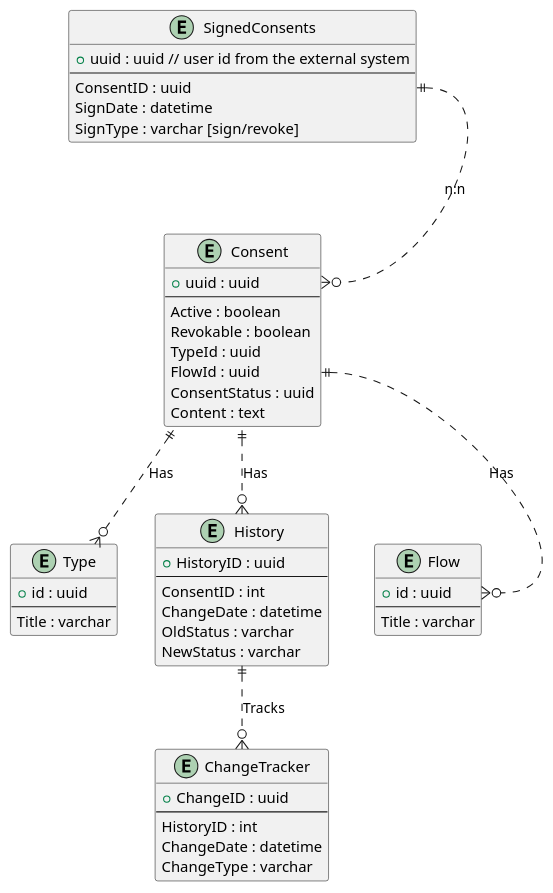
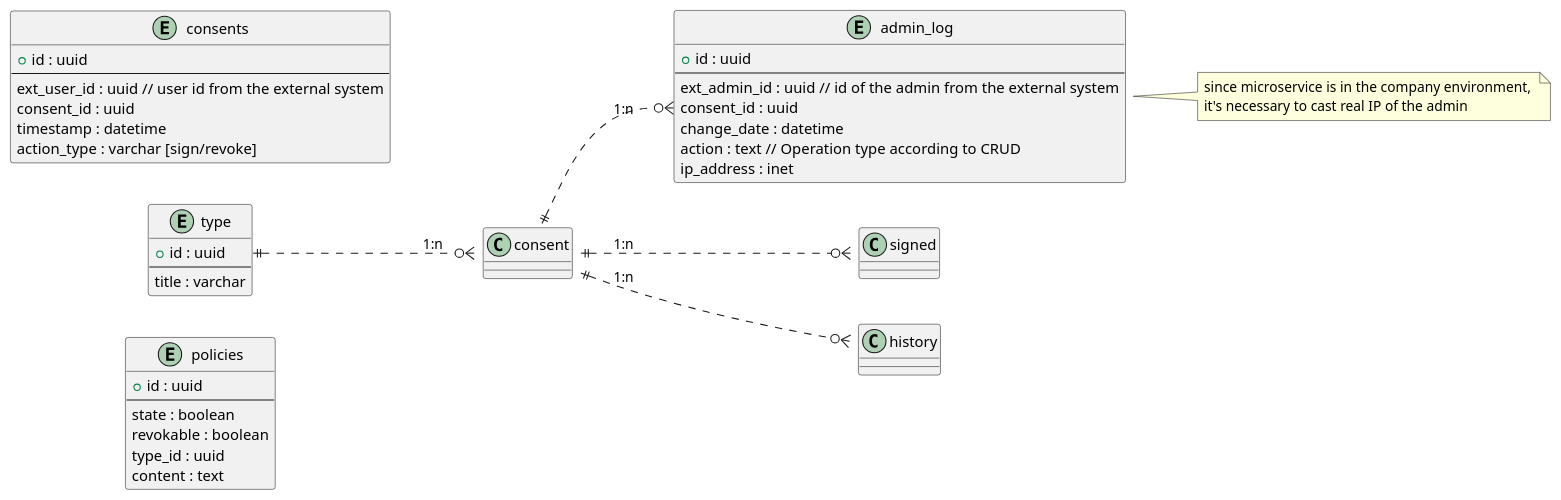
Before and after one commit to msfs11/ConsentManager: the diagram in docs/er.puml, drawn with PlantUML. The commit also changed 7 other files, not shown here.

```diff
--- a/docs/er.puml
+++ b/docs/er.puml
@@ -1,58 +1,47 @@
 @startuml ER diagram
+left to right direction
 
-entity "Consent" as consent {
-  + uuid : uuid
+entity "policies" as policies {
+  + id : uuid
   --
-  Active : boolean
-  Revokable : boolean
-  TypeId : uuid
-  FlowId : uuid
-  ConsentStatus : uuid
-  Content : text
+  state : boolean
+  revokable : boolean
+  type_id : uuid
+  content : text
 }
 
-entity "Type" as type {
+entity "type" as type {
   + id : uuid
   --
-  Title : varchar
+  title : varchar
 }
 
-entity "Flow" as flow {
+entity "consents" as consents {
   + id : uuid
   --
-  Title : varchar
+  ext_user_id : uuid // user id from the external system
+  consent_id : uuid
+  timestamp : datetime
+  action_type : varchar [sign/revoke]
 }
 
-entity "History" as history {
-  + HistoryID : uuid
+entity "admin_log" as admin_log {
+  + id : uuid
   --
-  ConsentID : int
-  ChangeDate : datetime
-  OldStatus : varchar
-  NewStatus : varchar
+  ext_admin_id : uuid // id of the admin from the external system 
+  consent_id : uuid
+  change_date : datetime
+  action : text // Operation type according to CRUD
+  ip_address : inet 
 }
+note right of admin_log
+  since microservice is in the company environment, 
+  it's necessary to cast real IP of the admin
+end note
 
-entity "ChangeTracker" as tracker {
-  + ChangeID : uuid
-  --
-  HistoryID : int
-  ChangeDate : datetime
-  ChangeType : varchar
-}
-
-entity "SignedConsents" as signed {
-  + uuid : uuid // user id from the external system
-  --
-  ConsentID : uuid
-  SignDate : datetime
-  SignType : varchar [sign/revoke]
-}
-
-signed::ConsentID ||..o{ consent::uuid : n:n
-consent ||..o{ history : Has
-consent ||..o{ type : Has
-consent::FlowId ||..o{ flow::uuid : Has
-
-history ||..o{ tracker : Tracks
+consent::id ||..o{ signed::consent_id : 1:n
+type::id ||..o{ consent::type_id : 1:n
+consent::id ||..o{ history::consent_id : 1:n
+consent::id ||..o{ admin_log::consent_id : 1:n
 
 @enduml
```
